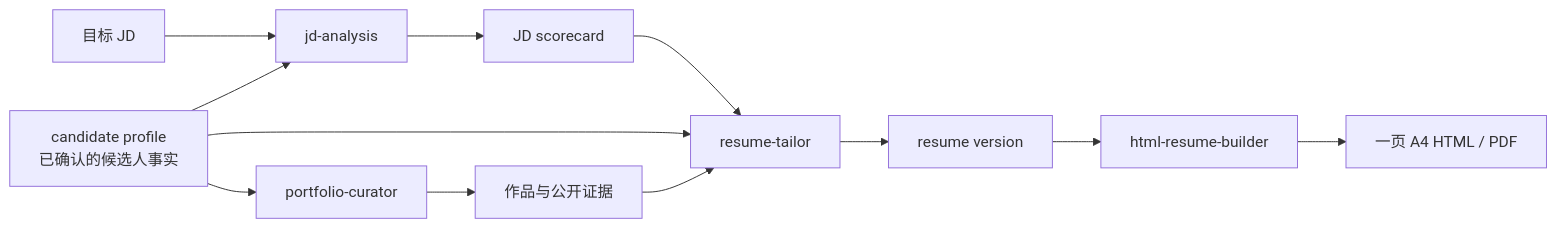
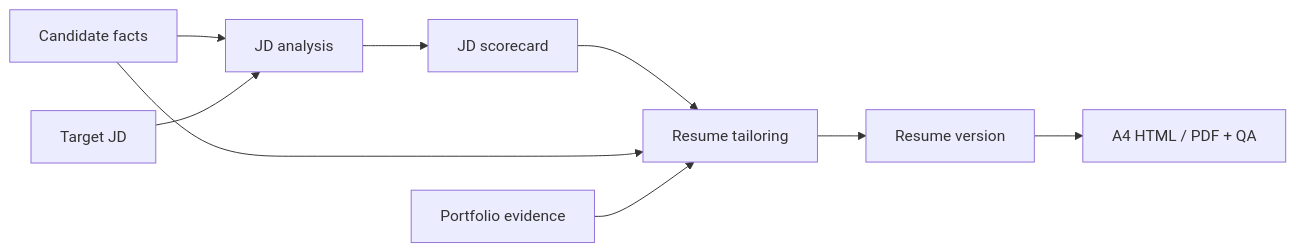
Before and after one commit to chenzhiyong1994/career-os: the diagram in README.md, drawn with Mermaid. The commit also changed other lines of this file and 2 other files, not shown here.

````diff
--- a/README.md
+++ b/README.md
@@ -53,25 +46,11 @@
 ```mermaid
 flowchart LR
-    P["candidate profile<br/>已确认的候选人事实"]
-    J["目标 JD"]
-    A["jd-analysis"]
-    S["JD scorecard"]
-    T["resume-tailor"]
-    R["resume version"]
-    H["html-resume-builder"]
-    D["一页 A4 HTML / PDF"]
-    C["portfolio-curator"]
-    E["作品与公开证据"]
-
-    J --> A
-    P --> A
-    A --> S
-    S --> T
+    P["Candidate facts"] --> A["JD analysis"]
+    J["Target JD"] --> A
+    A --> S["JD scorecard"]
+    S --> T["Resume tailoring"]
     P --> T
-    T --> R
-    R --> H
-    H --> D
-    P --> C
-    C --> E
-    E --> T
+    E["Portfolio evidence"] --> T
+    T --> R["Resume version"]
+    R --> H["A4 HTML / PDF + QA"]
 ```
````
